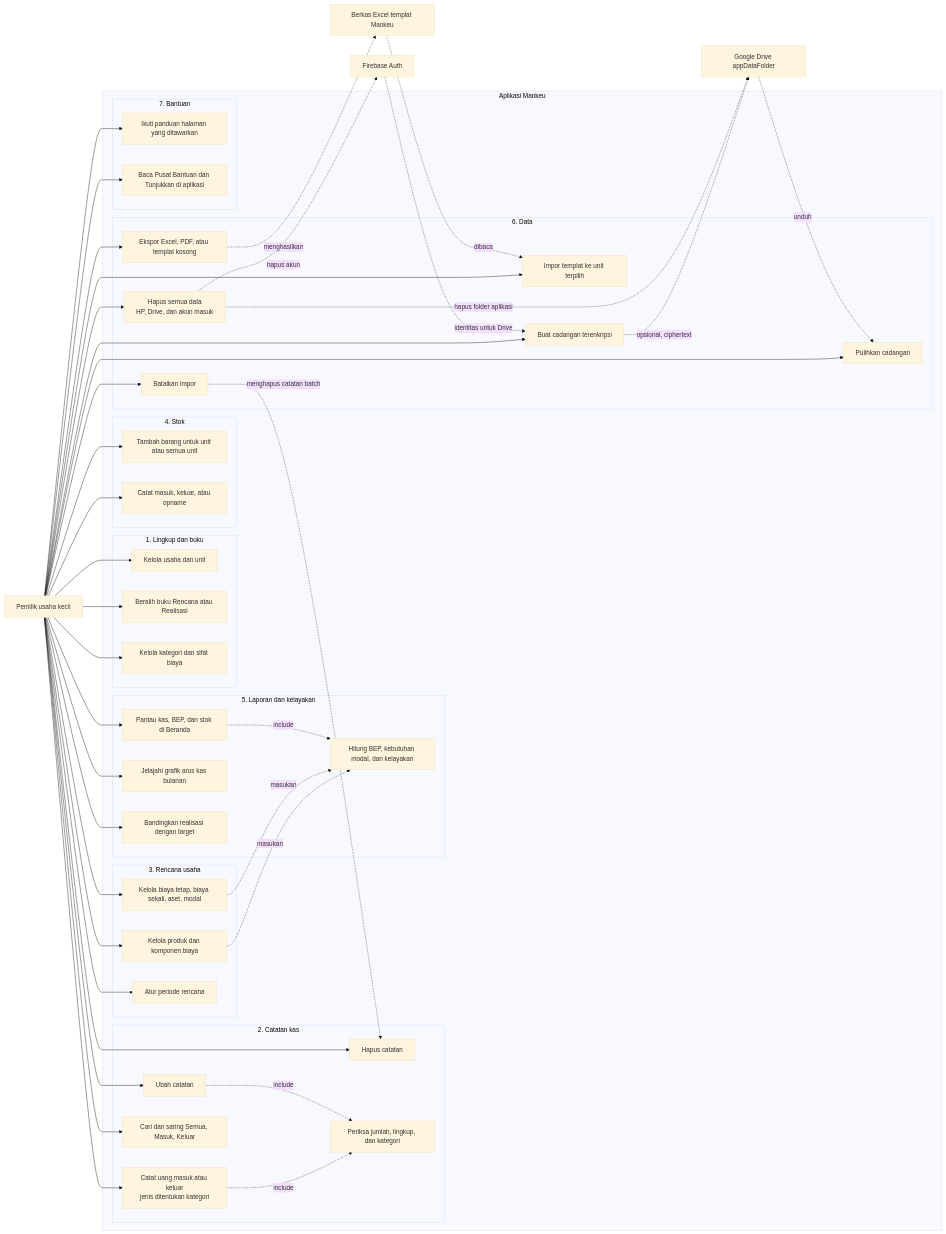
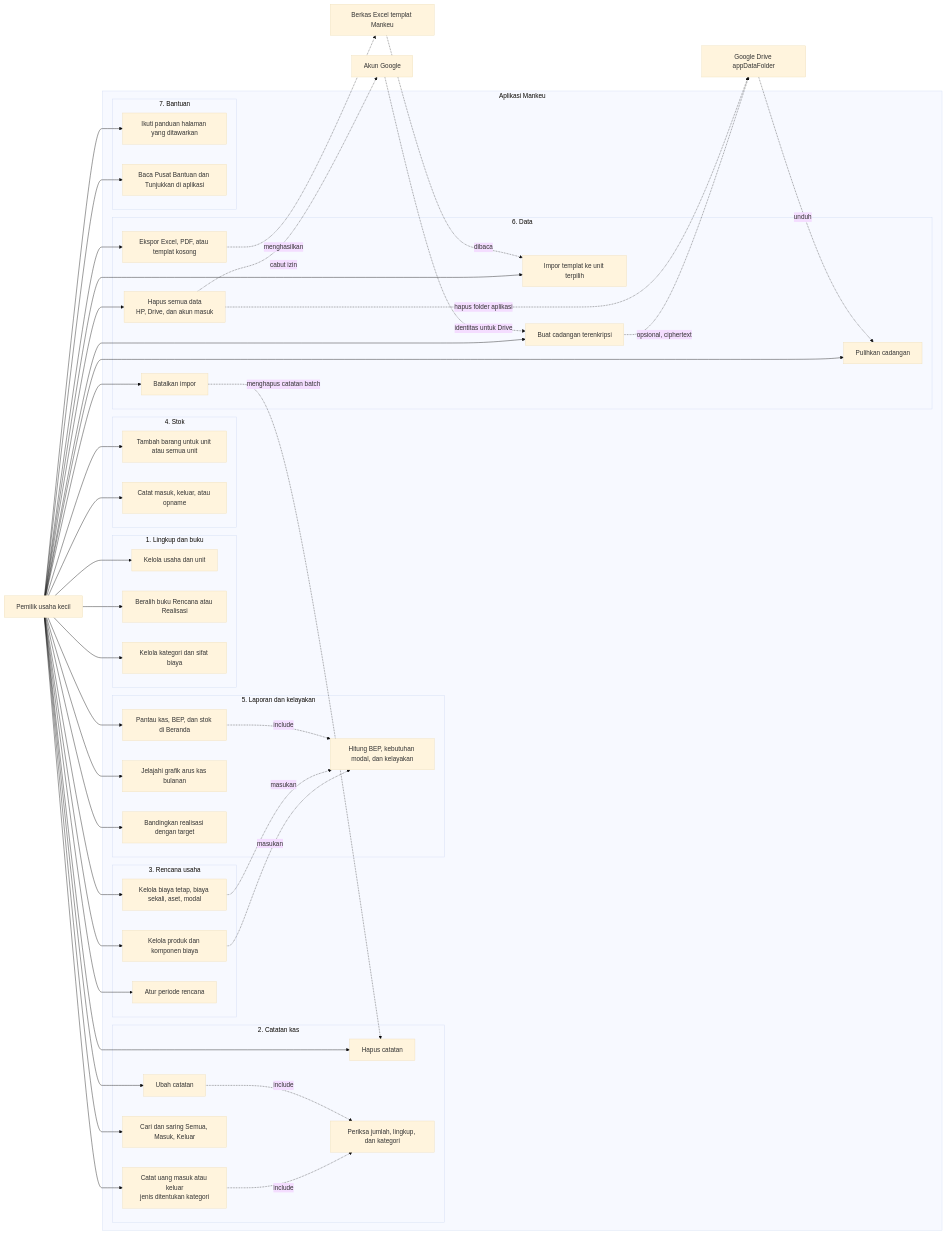
One commit to adsurkasur/Mankeu changed the diagram in docs/diagrams/03_use_case_diagram.md. Above: the diagram before and after it, drawn with Mermaid (base theme). The commit also changed 13 other files, not shown here.

````diff
--- a/docs/diagrams/03_use_case_diagram.md
+++ b/docs/diagrams/03_use_case_diagram.md
@@ -7,7 +7,7 @@
     owner["Pemilik usaha kecil"]
     workbookFile["Berkas Excel templat Mankeu"]
     googleDrive["Google Drive appDataFolder"]
-    firebaseAuth["Firebase Auth"]
+    firebaseAuth["Akun Google"]
 
     subgraph mankeuSystem ["Aplikasi Mankeu"]
         subgraph scopeModule ["1. Lingkup dan buku"]
@@ -93,5 +93,5 @@
     googleDrive -.->|"unduh"| ucRestore
     firebaseAuth -.->|"identitas untuk Drive"| ucBackup
     ucErase -.->|"hapus folder aplikasi"| googleDrive
-    ucErase -.->|"hapus akun"| firebaseAuth
+    ucErase -.->|"cabut izin"| firebaseAuth
 ```
````
